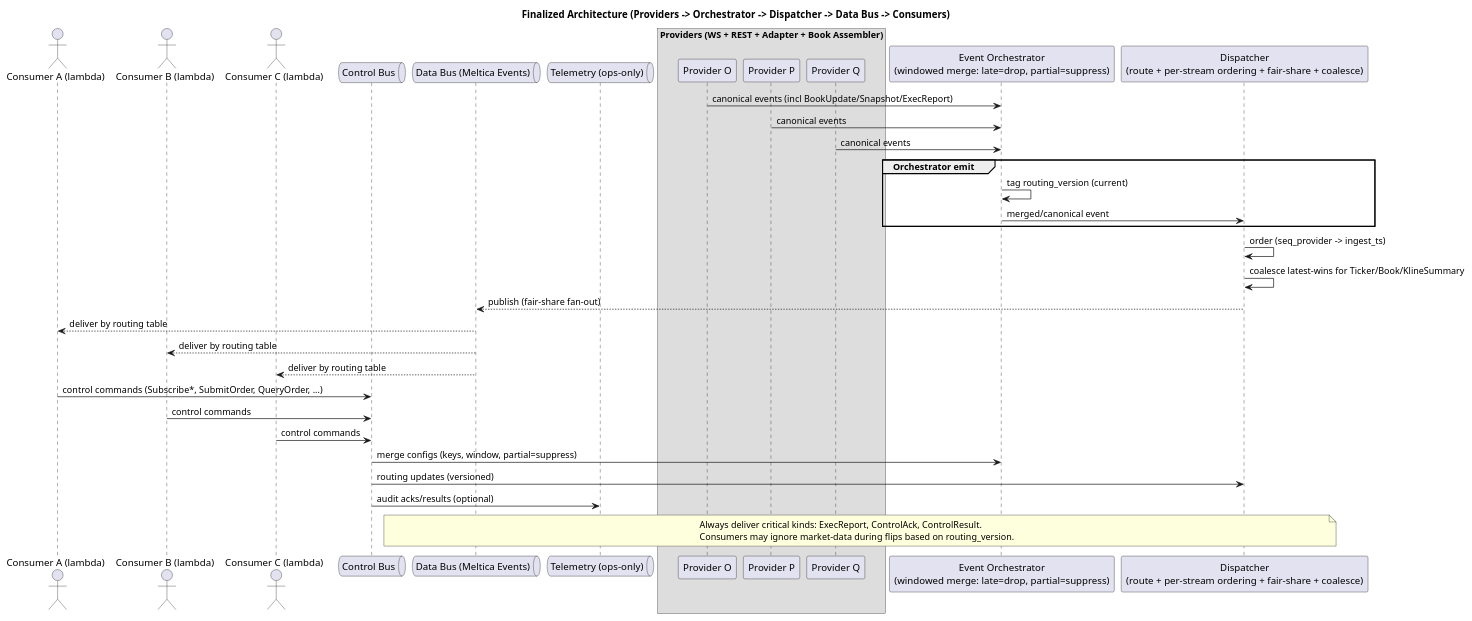
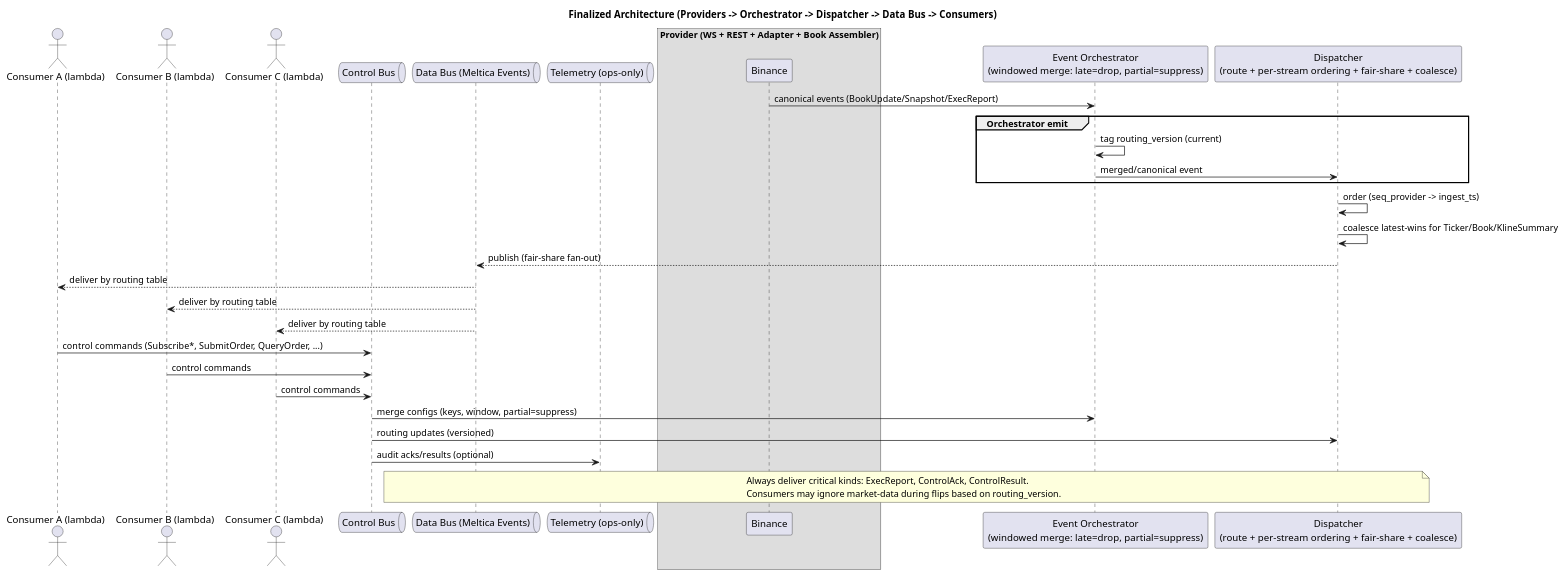
The diagram in docs/diagrams/architecture-finalized.puml (coachpo/meltica), drawn with PlantUML before and after one commit. The commit also changed other lines of this file and 16 other files, not shown here.

```diff
--- a/docs/diagrams/architecture-finalized.puml
+++ b/docs/diagrams/architecture-finalized.puml
@@ -1,53 +1,49 @@
 @startuml
 title Finalized Architecture (Providers -> Orchestrator -> Dispatcher -> Data Bus -> Consumers)
 
 actor "Consumer A (lambda)" as CON_A
 actor "Consumer B (lambda)" as CON_B
 actor "Consumer C (lambda)" as CON_C
 
 queue "Control Bus" as ControlBus
 queue "Data Bus (Meltica Events)" as DataBus
 queue "Telemetry (ops-only)" as Telemetry
 
-box "Providers (WS + REST + Adapter + Book Assembler)"
-  participant "Provider O" as PRV_O
-  participant "Provider P" as PRV_P
-  participant "Provider Q" as PRV_Q
+box "Provider (WS + REST + Adapter + Book Assembler)"
+  participant "Binance" as PRV_O
 end box
 
 participant "Event Orchestrator\n(windowed merge: late=drop, partial=suppress)" as Orchestrator
 participant "Dispatcher\n(route + per-stream ordering + fair-share + coalesce)" as Dispatcher
 
 ' Ingress
-PRV_O -> Orchestrator : canonical events (incl BookUpdate/Snapshot/ExecReport)
-PRV_P -> Orchestrator : canonical events
-PRV_Q -> Orchestrator : canonical events
+PRV_O -> Orchestrator : canonical events (BookUpdate/Snapshot/ExecReport)
 
 group Orchestrator emit
   Orchestrator -> Orchestrator : tag routing_version (current)
   Orchestrator -> Dispatcher : merged/canonical event
 end
 
 ' Dispatch
 Dispatcher -> Dispatcher : order (seq_provider -> ingest_ts)
 Dispatcher -> Dispatcher : coalesce latest-wins for Ticker/Book/KlineSummary
 Dispatcher --> DataBus : publish (fair-share fan-out)
 
 ' Delivery
 DataBus --> CON_A : deliver by routing table
 DataBus --> CON_B : deliver by routing table
 DataBus --> CON_C : deliver by routing table
 
 ' Control plane
 CON_A -> ControlBus : control commands (Subscribe*, SubmitOrder, QueryOrder, ...)
 CON_B -> ControlBus : control commands
 CON_C -> ControlBus : control commands
 ControlBus -> Orchestrator : merge configs (keys, window, partial=suppress)
 ControlBus -> Dispatcher : routing updates (versioned)
 ControlBus -> Telemetry : audit acks/results (optional)
 
 note over Dispatcher,DataBus
 Always deliver critical kinds: ExecReport, ControlAck, ControlResult.
 Consumers may ignore market-data during flips based on routing_version.
 end note
 @enduml
```
